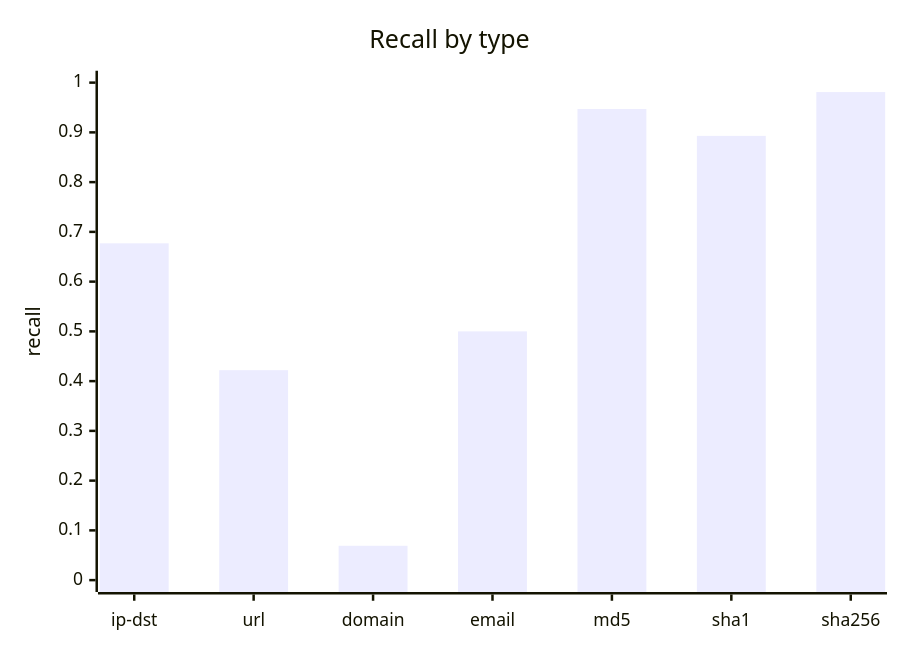
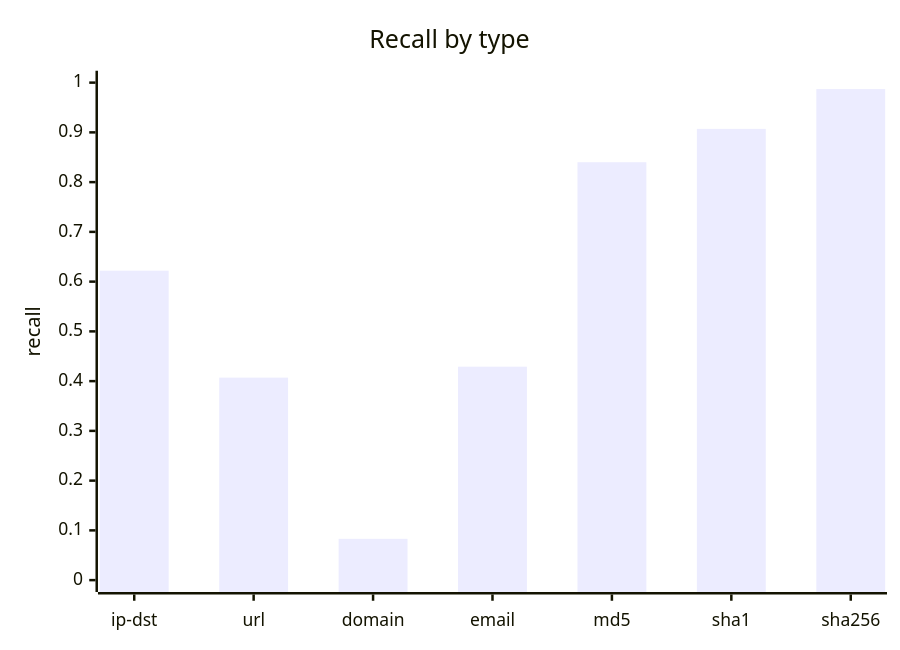
The first of 5 diagrams in docs/BENCHMARKS_extraction.md (MISP/ai-connector), drawn with Mermaid before and after one commit. The commit also changed other lines of this file and 3 other files, not shown here.

````diff
--- a/docs/BENCHMARKS_extraction.md
+++ b/docs/BENCHMARKS_extraction.md
@@ -49,7 +53,7 @@
 ```mermaid
 xychart-beta
   title "Recall by type"
   x-axis ["ip-dst", "url", "domain", "email", "md5", "sha1", "sha256"]
   y-axis "recall" 0 --> 1.000
-  bar [0.677, 0.422, 0.069, 0.500, 0.947, 0.893, 0.981]
+  bar [0.622, 0.407, 0.083, 0.429, 0.840, 0.907, 0.987]
 ```
````
